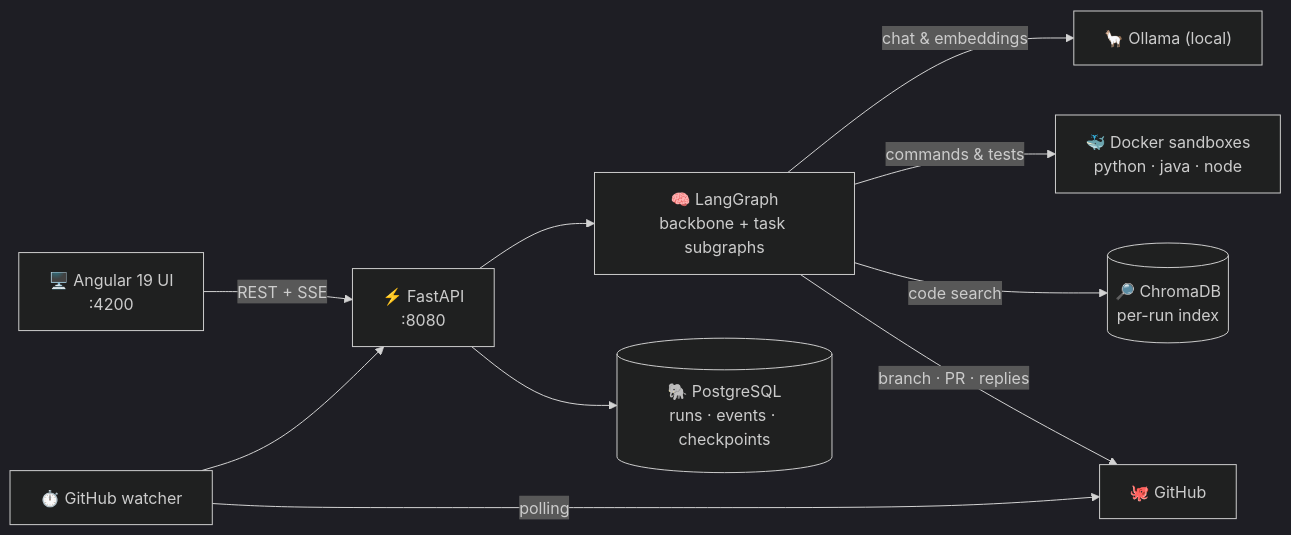
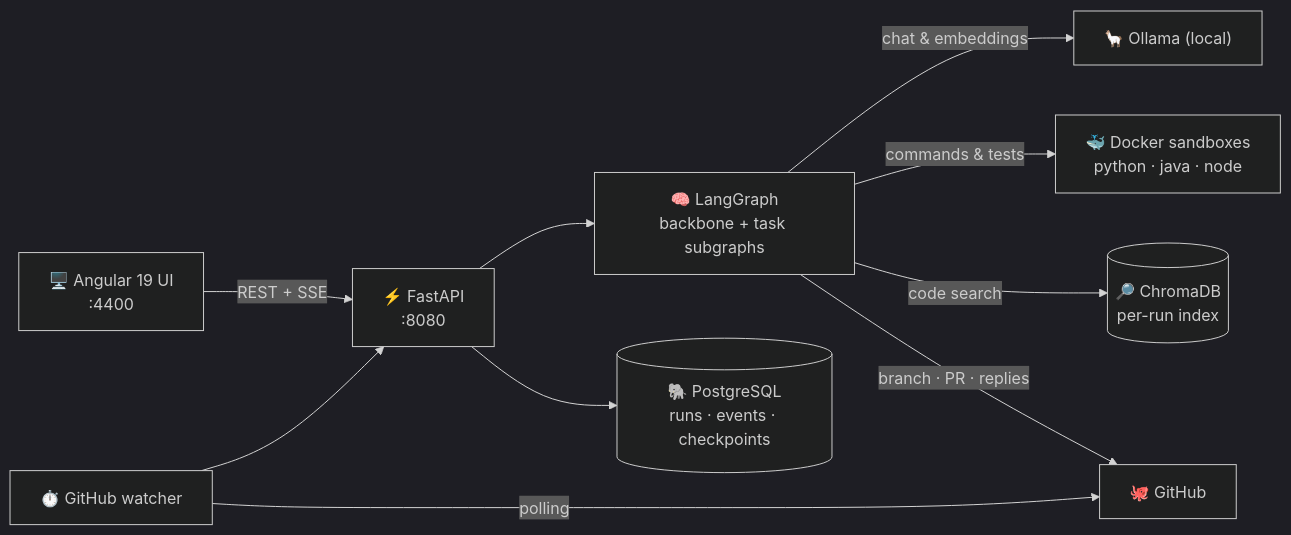
Before and after one commit to maldabaani/usp-ai-apps: the third of 3 diagrams in devcrew/README.md, drawn with Mermaid (dark theme). The commit also changed other lines of this file and 8 other files, not shown here.

````diff
--- a/devcrew/README.md
+++ b/devcrew/README.md
@@ -199,12 +199,12 @@
 ```mermaid
 flowchart LR
-    UI["🖥️ Angular 19 UI<br/>:4200"] -- "REST + SSE" --> API["⚡ FastAPI<br/>:8080"]
+    UI["🖥️ Angular 19 UI<br/>:4400"] -- "REST + SSE" --> API["⚡ FastAPI<br/>:8080"]
     API --> LG["🧠 LangGraph<br/>backbone + task subgraphs"]
     LG -- "chat & embeddings" --> OL["🦙 Ollama (local)"]
     LG -- "commands & tests" --> SB["🐳 Docker sandboxes<br/>python · java · node"]
     LG -- "code search" --> CH[("🔎 ChromaDB<br/>per-run index")]
     API --> PG[("🐘 PostgreSQL<br/>runs · events · checkpoints")]
     LG -- "branch · PR · replies" --> GH["🐙 GitHub"]
     WA["⏱️ GitHub watcher"] -- polling --> GH
     WA --> API
 ```
````
